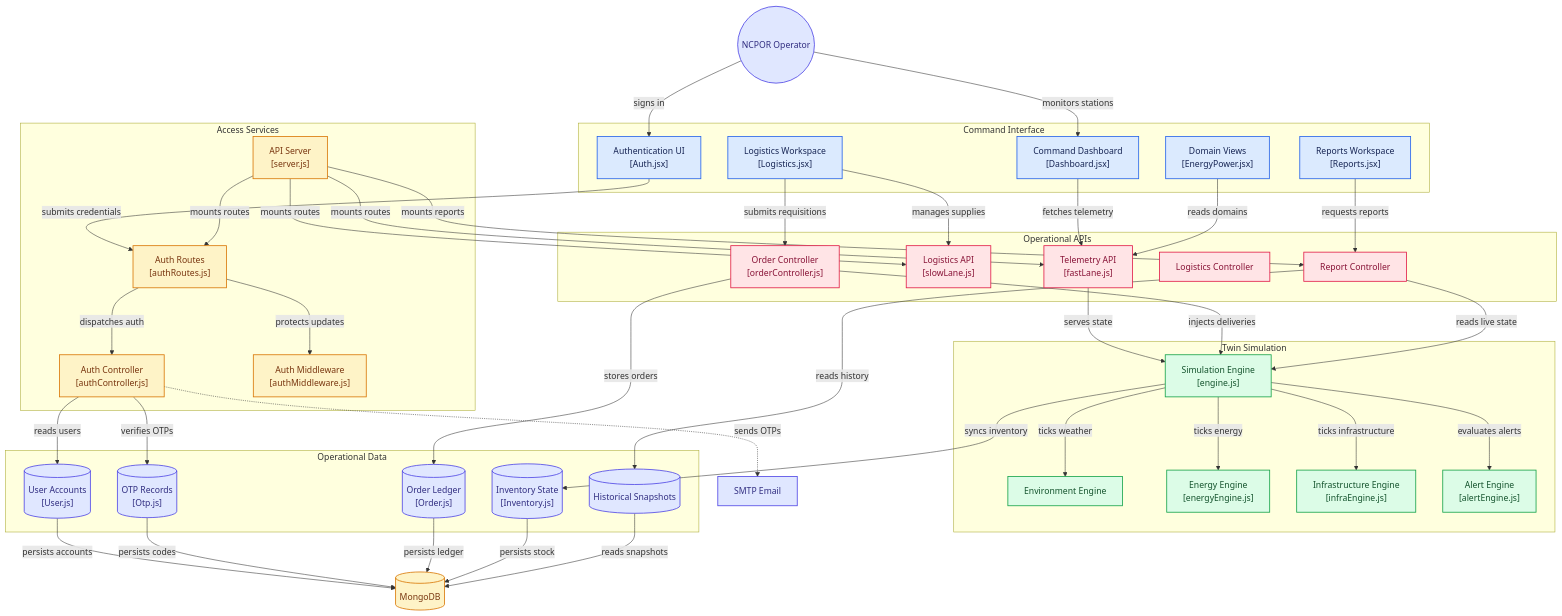
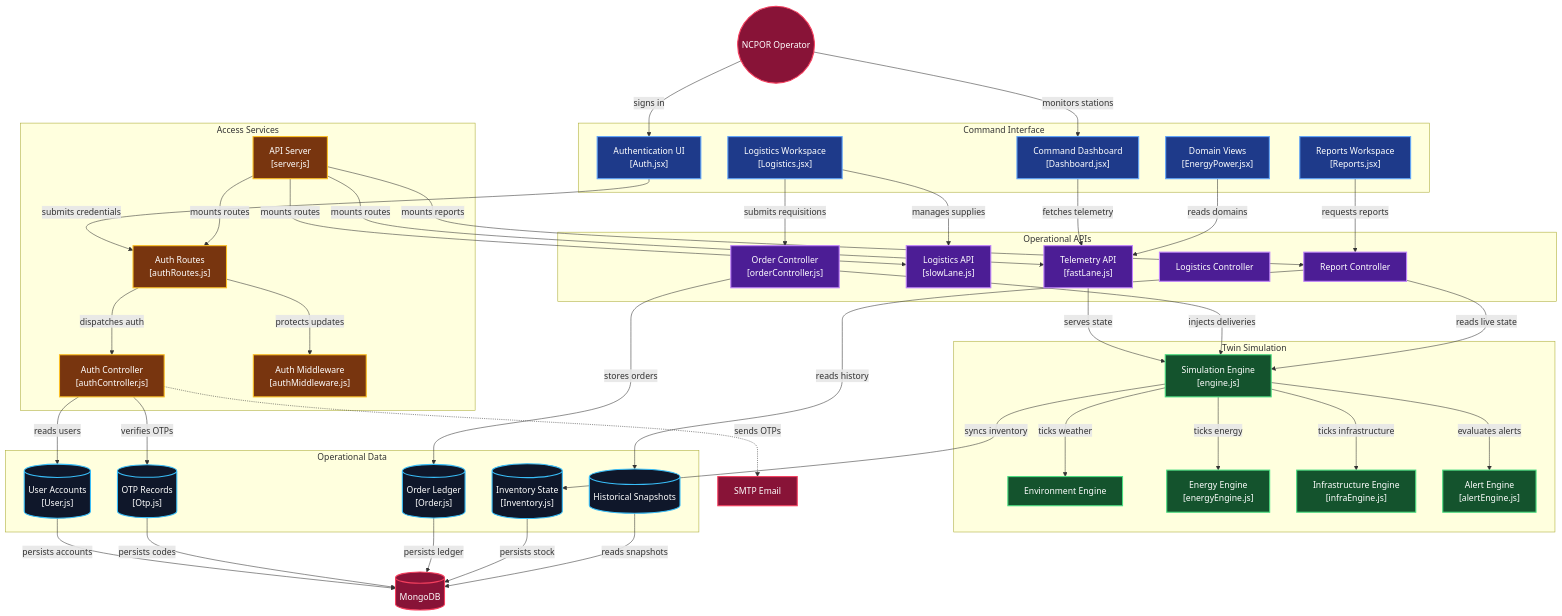
The second of 3 diagrams in README.md (BPPIMTSIH26/SIH26060), drawn with Mermaid before and after one commit. The commit also changed other lines of this file and 3 other files, not shown here.

````diff
--- a/README.md
+++ b/README.md
@@ -243,16 +320,17 @@
 click node_inventory_model "https://github.com/bppimtsih26/sih26060/blob/main/Backend/models/Inventory.js"
 click node_snapshot_model "https://github.com/bppimtsih26/sih26060/blob/main/Backend/models/HistoricalSnapshot.js"
 
-classDef toneNeutral fill:#f8fafc,stroke:#334155,stroke-width:1.5px,color:#0f172a
-classDef toneBlue fill:#dbeafe,stroke:#2563eb,stroke-width:1.5px,color:#172554
-classDef toneAmber fill:#fef3c7,stroke:#d97706,stroke-width:1.5px,color:#78350f
-classDef toneMint fill:#dcfce7,stroke:#16a34a,stroke-width:1.5px,color:#14532d
-classDef toneRose fill:#ffe4e6,stroke:#e11d48,stroke-width:1.5px,color:#881337
-classDef toneIndigo fill:#e0e7ff,stroke:#4f46e5,stroke-width:1.5px,color:#312e81
-classDef toneTeal fill:#ccfbf1,stroke:#0f766e,stroke-width:1.5px,color:#134e4a
-class node_auth_ui,node_command_ui,node_domain_views,node_logistics_ui,node_reports_ui toneBlue
-class node_server,node_auth_routes,node_auth_controller,node_auth_middleware,node_mongo toneAmber
-class node_sim_engine,node_environment_engine,node_energy_engine,node_infra_engine,node_alert_engine toneMint
-class node_telemetry_api,node_logistics_api,node_order_controller,node_logistics_controller,node_report_controller toneRose
-class node_user_model,node_otp_model,node_order_model,node_inventory_model,node_snapshot_model,node_operator,node_smtp toneIndigo
+classDef frontend fill:#1e3a8a,stroke:#60a5fa,color:#fff,stroke-width:2px
+classDef access fill:#78350f,stroke:#fbbf24,color:#fff,stroke-width:2px
+classDef sim fill:#14532d,stroke:#4ade80,color:#fff,stroke-width:2px
+classDef api fill:#4c1d95,stroke:#c084fc,color:#fff,stroke-width:2px
+classDef data fill:#0f172a,stroke:#38bdf8,color:#fff,stroke-width:2px
+classDef external fill:#881337,stroke:#f43f5e,color:#fff,stroke-width:2px
+
+class node_auth_ui,node_command_ui,node_domain_views,node_logistics_ui,node_reports_ui frontend
+class node_server,node_auth_routes,node_auth_controller,node_auth_middleware access
+class node_sim_engine,node_environment_engine,node_energy_engine,node_infra_engine,node_alert_engine sim
+class node_telemetry_api,node_logistics_api,node_order_controller,node_logistics_controller,node_report_controller api
+class node_user_model,node_otp_model,node_order_model,node_inventory_model,node_snapshot_model data
+class node_operator,node_smtp,node_mongo external
 ```
````
